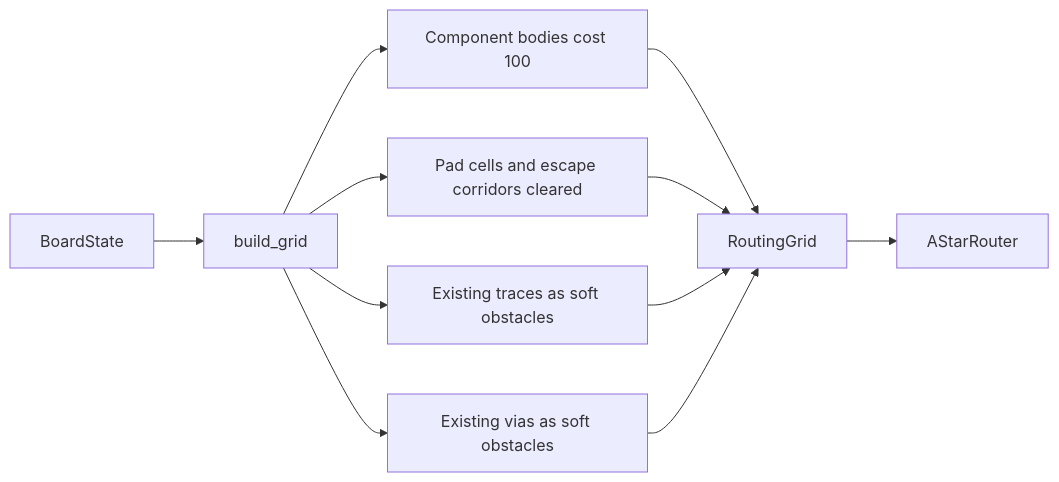
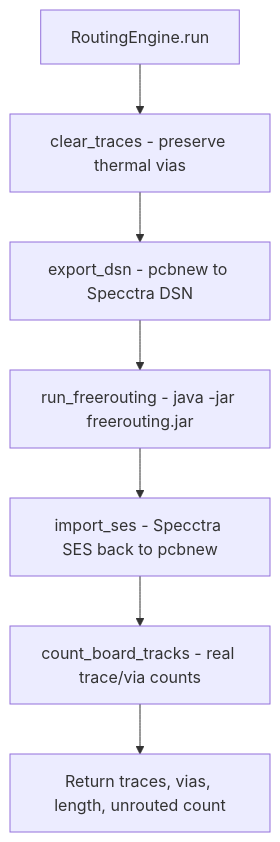
Before and after one commit to laforestlabs/LLUPS: the first of 2 diagrams in docs/auto-trace.md, drawn with Mermaid. The commit also changed other lines of this file and 30 other files, not shown here.

````diff
--- a/docs/auto-trace.md
+++ b/docs/auto-trace.md
@@ -52,13 +17,9 @@
 ```mermaid
-flowchart LR
-  boardState[BoardState] --> buildGrid[build_grid]
-  buildGrid --> compObstacles[Component bodies cost 100]
-  buildGrid --> padSafe[Pad cells and escape corridors cleared]
-  buildGrid --> traceSoft[Existing traces as soft obstacles]
-  buildGrid --> viaSoft[Existing vias as soft obstacles]
-  compObstacles --> routingGrid[RoutingGrid]
-  padSafe --> routingGrid
-  traceSoft --> routingGrid
-  viaSoft --> routingGrid
-  routingGrid --> astar[AStarRouter]
+flowchart TD
+  routingEngine[RoutingEngine.run] --> clearTraces[clear_traces - preserve thermal vias]
+  clearTraces --> exportDSN[export_dsn - pcbnew to Specctra DSN]
+  exportDSN --> freerouting[run_freerouting - java -jar freerouting.jar]
+  freerouting --> importSES[import_ses - Specctra SES back to pcbnew]
+  importSES --> countTracks[count_board_tracks - real trace/via counts]
+  countTracks --> results[Return traces, vias, length, unrouted count]
 ```
````
